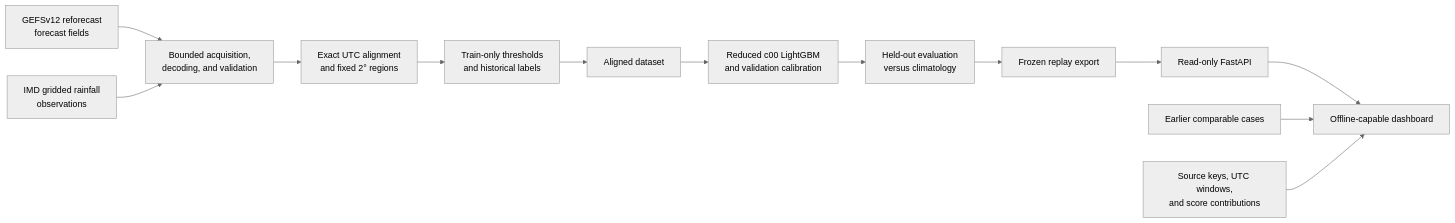
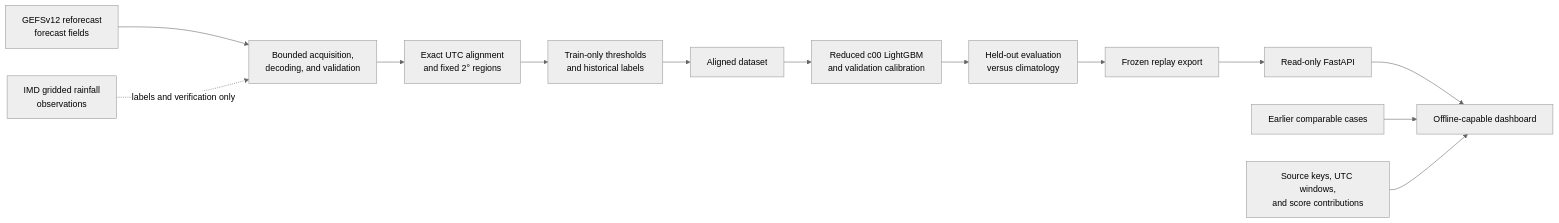
One commit to kan9667/synoptiq changed the second of 2 diagrams in docs/SYNOPTIQ.md. Above: the diagram before and after it, drawn with Mermaid (neutral theme). The commit also changed other lines of this file, not shown here.

```diff
--- a/docs/SYNOPTIQ.md
+++ b/docs/SYNOPTIQ.md
@@ -305,16 +302,16 @@
 ~~~mermaid
 flowchart LR
     A[GEFSv12 reforecast<br/>forecast fields] --> C[Bounded acquisition,<br/>decoding, and validation]
-    B[IMD gridded rainfall<br/>observations] --> C
+    B[IMD gridded rainfall<br/>observations] -. "labels and verification only" .-> C
     C --> D[Exact UTC alignment<br/>and fixed 2° regions]
     D --> E[Train-only thresholds<br/>and historical labels]
     E --> F[Aligned dataset]
     F --> G[Reduced c00 LightGBM<br/>and validation calibration]
     G --> H[Held-out evaluation<br/>versus climatology]
     H --> I[Frozen replay export]
     I --> J[Read-only FastAPI]
     J --> K[Offline-capable dashboard]
 
     L[Earlier comparable cases] --> K
     M[Source keys, UTC windows,<br/>and score contributions] --> K
 ~~~
```
